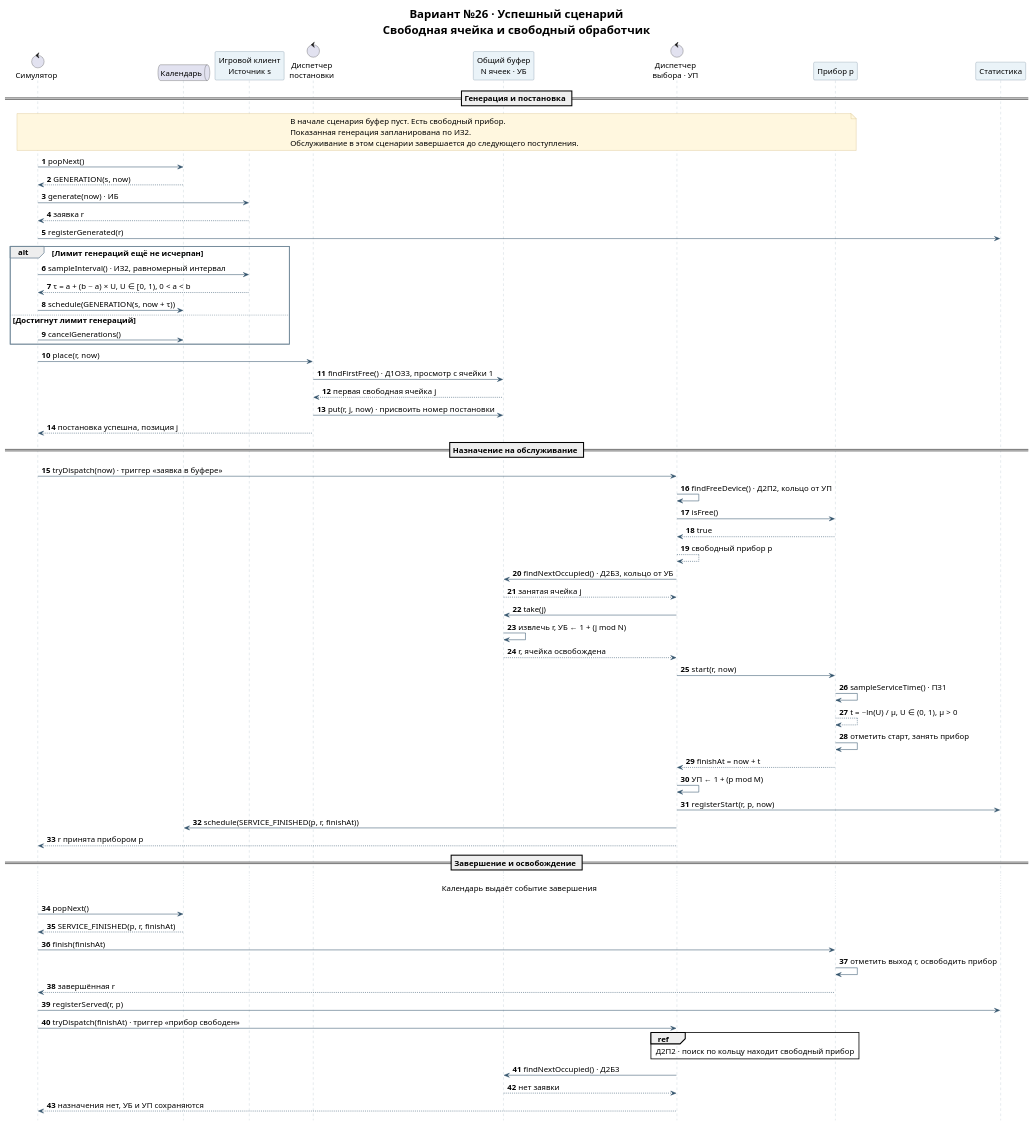
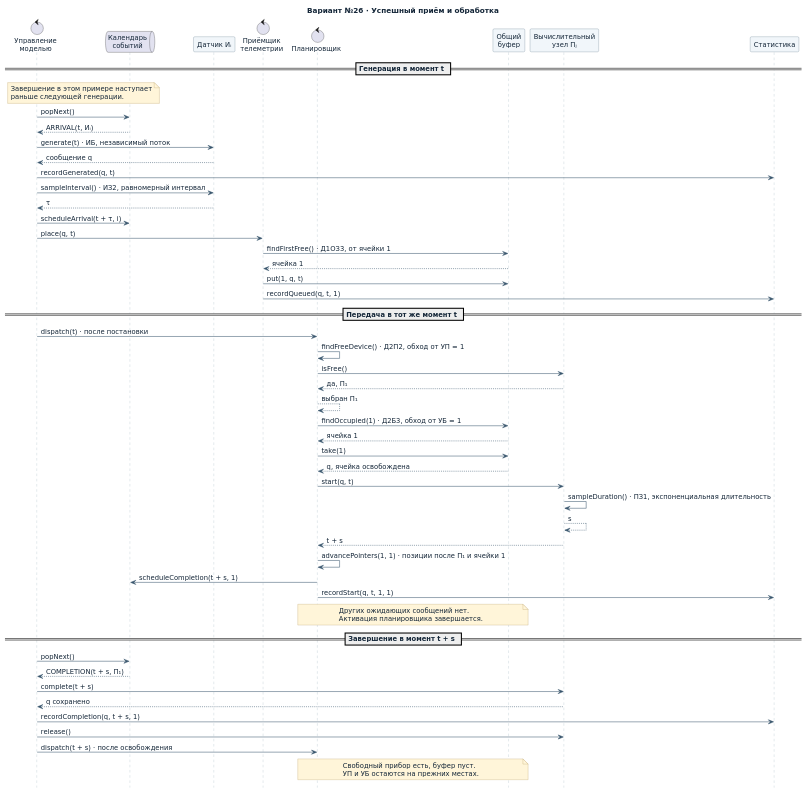
Before and after one commit to m1shanyanba/aps: the diagram in docs/artifacts/sequence-happy-flow.puml, drawn with PlantUML. The commit also changed 28 other files, not shown here.

```diff
--- a/docs/artifacts/sequence-happy-flow.puml
+++ b/docs/artifacts/sequence-happy-flow.puml
@@ -1,89 +1,76 @@
 @startuml
-title Вариант №26 · Успешный сценарий\nСвободная ячейка и свободный обработчик
-skinparam defaultFontName Helvetica
-skinparam titleFontSize 22
-skinparam defaultFontSize 15
+title Вариант №26 · Успешный приём и обработка
+skinparam defaultFontName DejaVu Sans
+skinparam defaultFontSize 13
+skinparam defaultFontColor #142638
 skinparam shadowing false
-skinparam backgroundColor #FFFFFF
-skinparam ArrowColor #31526A
-skinparam sequence {
-  ParticipantBackgroundColor #EAF3F8
-  ParticipantBorderColor #58748A
-  LifeLineBorderColor #A2B3BF
-  GroupBorderColor #708798
-}
-skinparam NoteBackgroundColor #FFF7DF
-skinparam NoteBorderColor #C7AA62
+skinparam ArrowColor #38566D
+skinparam sequenceLifeLineBorderColor #97ABBA
+skinparam sequenceParticipantBackgroundColor #F1F6FA
+skinparam sequenceParticipantBorderColor #526D82
+skinparam sequenceGroupBorderColor #8095A5
+skinparam sequenceGroupBackgroundColor #EDF3F7
+skinparam noteBackgroundColor #FFF5D9
+skinparam noteBorderColor #B09354
 hide footbox
-autonumber
 
-control "Симулятор" as Sim
-queue "Календарь" as Cal
-participant "Игровой клиент\nИсточник s" as Src
-control "Диспетчер\nпостановки" as Place
-participant "Общий буфер\nN ячеек · УБ" as Buf
-control "Диспетчер\nвыбора · УП" as Select
-participant "Прибор p" as Dev
+control "Управление\nмоделью" as Sim
+queue "Календарь\nсобытий" as Cal
+participant "Датчик Иᵢ" as Src
+control "Приёмщик\nтелеметрии" as Place
+control "Планировщик" as Sel
+participant "Общий\nбуфер" as Buf
+participant "Вычислительный\nузел Пⱼ" as Dev
 participant "Статистика" as Stats
 
-== Генерация и постановка ==
-note over Sim,Dev
-  В начале сценария буфер пуст. Есть свободный прибор.
-  Показанная генерация запланирована по ИЗ2.
-  Обслуживание в этом сценарии завершается до следующего поступления.
+== Генерация в момент t ==
+note over Sim, Cal : Завершение в этом примере наступает\nраньше следующей генерации.
+Sim -> Cal : popNext()
+Cal --> Sim : ARRIVAL(t, Иᵢ)
+Sim -> Src : generate(t) · ИБ, независимый поток
+Src --> Sim : сообщение q
+Sim -> Stats : recordGenerated(q, t)
+Sim -> Src : sampleInterval() · ИЗ2, равномерный интервал
+Src --> Sim : τ
+Sim -> Cal : scheduleArrival(t + τ, i)
+Sim -> Place : place(q, t)
+Place -> Buf : findFirstFree() · Д1ОЗ3, от ячейки 1
+Buf --> Place : ячейка 1
+Place -> Buf : put(1, q, t)
+Place -> Stats : recordQueued(q, t, 1)
+
+== Передача в тот же момент t ==
+Sim -> Sel : dispatch(t) · после постановки
+Sel -> Sel : findFreeDevice() · Д2П2, обход от УП = 1
+Sel -> Dev : isFree()
+Dev --> Sel : да, П₁
+Sel --> Sel : выбран П₁
+Sel -> Buf : findOccupied(1) · Д2Б3, обход от УБ = 1
+Buf --> Sel : ячейка 1
+Sel -> Buf : take(1)
+Buf --> Sel : q, ячейка освобождена
+Sel -> Dev : start(q, t)
+Dev -> Dev : sampleDuration() · ПЗ1, экспоненциальная длительность
+Dev --> Dev : s
+Dev --> Sel : t + s
+Sel -> Sel : advancePointers(1, 1) · позиции после П₁ и ячейки 1
+Sel -> Cal : scheduleCompletion(t + s, 1)
+Sel -> Stats : recordStart(q, t, 1, 1)
+note over Sel, Buf
+  Других ожидающих сообщений нет.
+  Активация планировщика завершается.
 end note
+
+== Завершение в момент t + s ==
 Sim -> Cal : popNext()
-Cal --> Sim : GENERATION(s, now)
-Sim -> Src : generate(now) · ИБ
-Src --> Sim : заявка r
-Sim -> Stats : registerGenerated(r)
-alt Лимит генераций ещё не исчерпан
-  Sim -> Src : sampleInterval() · ИЗ2, равномерный интервал
-  Src --> Sim : τ = a + (b − a) × U, U ∈ [0, 1), 0 < a < b
-  Sim -> Cal : schedule(GENERATION(s, now + τ))
-else Достигнут лимит генераций
-  Sim -> Cal : cancelGenerations()
-end
-Sim -> Place : place(r, now)
-Place -> Buf : findFirstFree() · Д1ОЗ3, просмотр с ячейки 1
-Buf --> Place : первая свободная ячейка j
-Place -> Buf : put(r, j, now) · присвоить номер постановки
-Place --> Sim : постановка успешна, позиция j
-
-== Назначение на обслуживание ==
-Sim -> Select : tryDispatch(now) · триггер «заявка в буфере»
-Select -> Select : findFreeDevice() · Д2П2, кольцо от УП
-Select -> Dev : isFree()
-Dev --> Select : true
-Select --> Select : свободный прибор p
-Select -> Buf : findNextOccupied() · Д2Б3, кольцо от УБ
-Buf --> Select : занятая ячейка j
-Select -> Buf : take(j)
-Buf -> Buf : извлечь r, УБ ← 1 + (j mod N)
-Buf --> Select : r, ячейка освобождена
-Select -> Dev : start(r, now)
-Dev -> Dev : sampleServiceTime() · ПЗ1
-Dev --> Dev : t = −ln(U) / μ, U ∈ (0, 1), μ > 0
-Dev -> Dev : отметить старт, занять прибор
-Dev --> Select : finishAt = now + t
-Select -> Select : УП ← 1 + (p mod M)
-Select -> Stats : registerStart(r, p, now)
-Select -> Cal : schedule(SERVICE_FINISHED(p, r, finishAt))
-Select --> Sim : r принята прибором p
-
-== Завершение и освобождение ==
-... Календарь выдаёт событие завершения ...
-Sim -> Cal : popNext()
-Cal --> Sim : SERVICE_FINISHED(p, r, finishAt)
-Sim -> Dev : finish(finishAt)
-Dev -> Dev : отметить выход r, освободить прибор
-Dev --> Sim : завершённая r
-Sim -> Stats : registerServed(r, p)
-Sim -> Select : tryDispatch(finishAt) · триггер «прибор свободен»
-ref over Select, Dev
-  Д2П2 · поиск по кольцу находит свободный прибор
-end ref
-Select -> Buf : findNextOccupied() · Д2Б3
-Buf --> Select : нет заявки
-Select --> Sim : назначения нет, УБ и УП сохраняются
+Cal --> Sim : COMPLETION(t + s, П₁)
+Sim -> Dev : complete(t + s)
+Dev --> Sim : q сохранено
+Sim -> Stats : recordCompletion(q, t + s, 1)
+Sim -> Dev : release()
+Sim -> Sel : dispatch(t + s) · после освобождения
+note over Sel, Buf
+  Свободный прибор есть, буфер пуст.
+  УП и УБ остаются на прежних местах.
+end note
 @enduml
```
